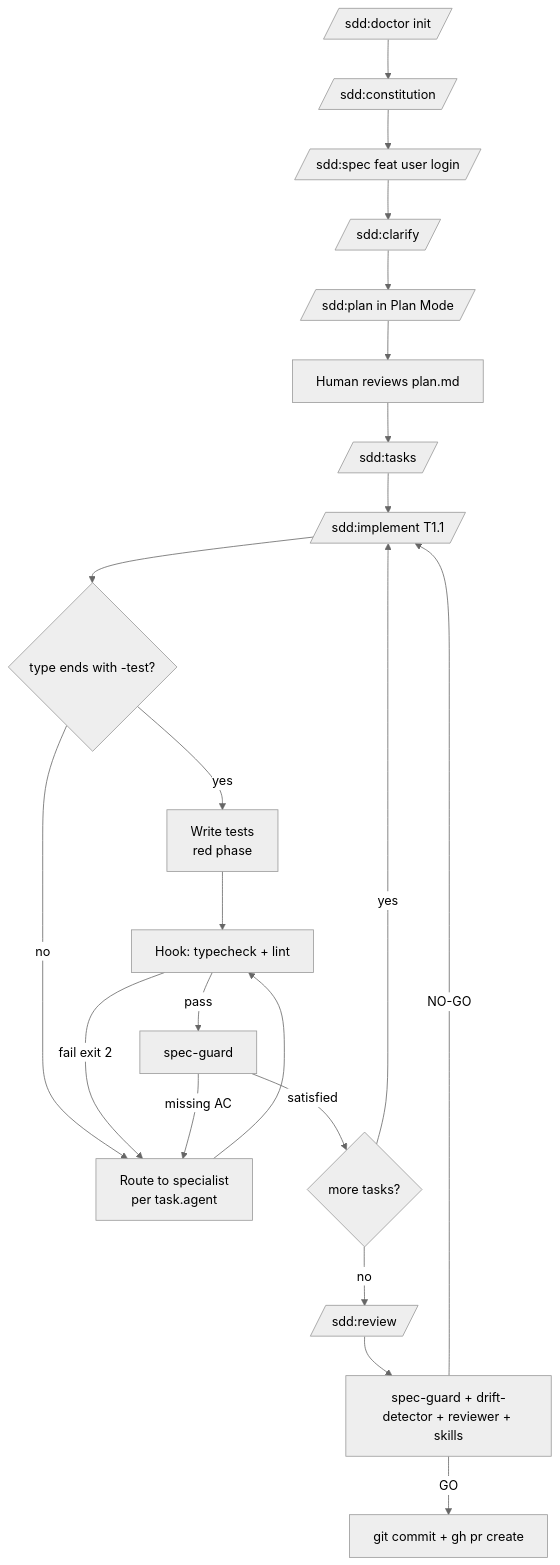
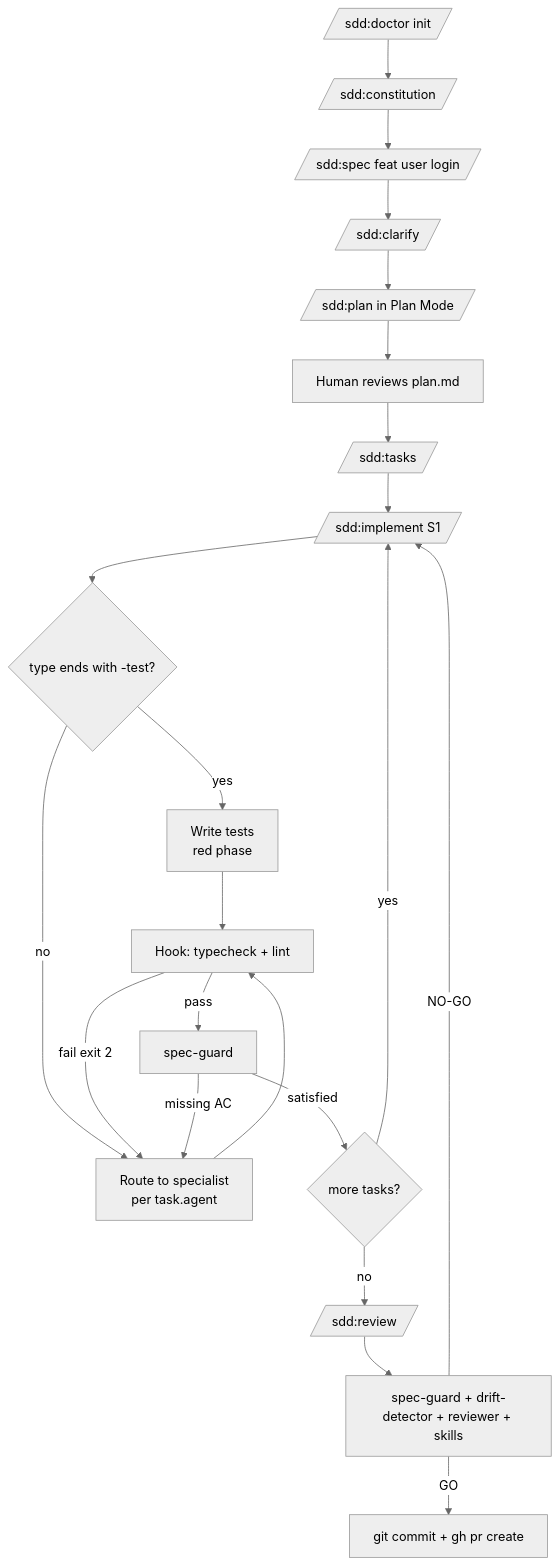
Before and after one commit to JanSzewczyk/spec-driven-development: the diagram in README.md, drawn with Mermaid (neutral theme). The commit also changed other lines of this file and 19 other files, not shown here.

````diff
--- a/README.md
+++ b/README.md
@@ -191,24 +192,24 @@
 ```mermaid
 flowchart TD
     A[/sdd:doctor init/] --> B[/sdd:constitution/]
     B --> C[/sdd:spec feat user login/]
     C --> D[/sdd:clarify/]
     D --> E[/sdd:plan in Plan Mode/]
     E --> F[Human reviews plan.md]
     F --> G[/sdd:tasks/]
-    G --> H[/sdd:implement T1.1/]
+    G --> H[/sdd:implement S1/]
     H --> I{type ends with -test?}
     I -->|yes| J[Write tests<br/>red phase]
     I -->|no| K[Route to specialist<br/>per task.agent]
     J --> L[Hook: typecheck + lint]
     K --> L
     L -->|fail exit 2| K
     L -->|pass| M[spec-guard]
     M -->|missing AC| K
     M -->|satisfied| N{more tasks?}
     N -->|yes| H
     N -->|no| O[/sdd:review/]
     O --> P[spec-guard + drift-detector + reviewer + skills]
     P -->|GO| Q[git commit + gh pr create]
     P -->|NO-GO| H
 ```
````
